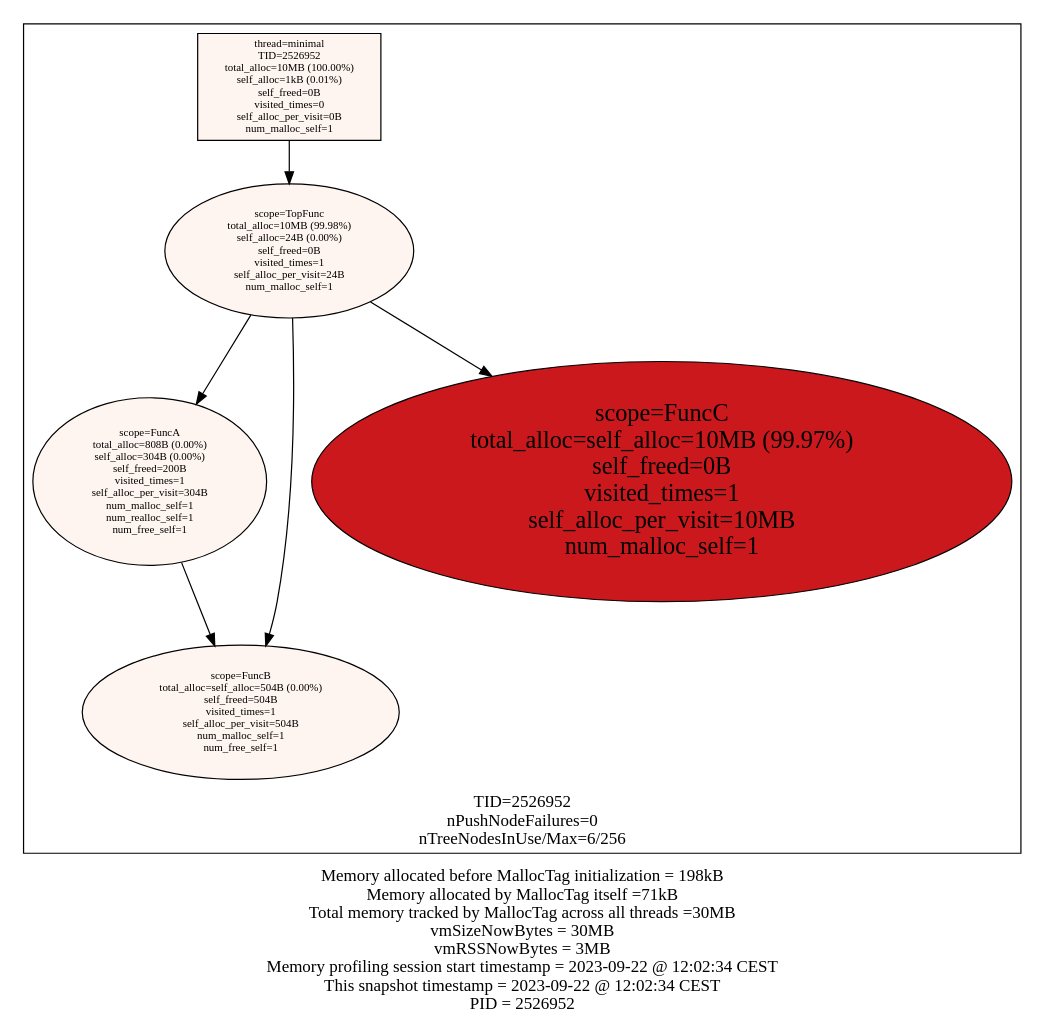
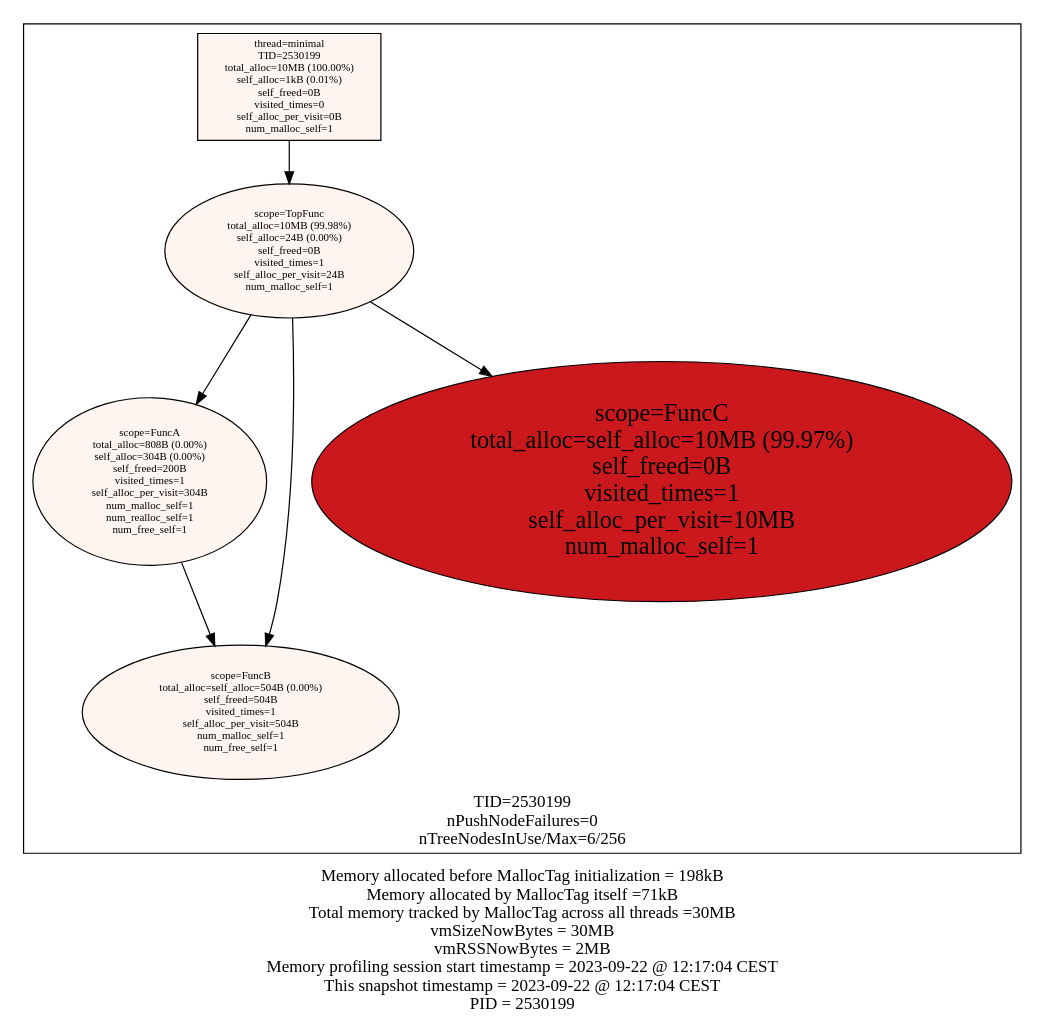
Before and after one commit to f18m/malloc-tag: the diagram in examples/minimal/minimal_stats.dot, drawn with Graphviz. The commit also changed 8 other files, not shown here.

Commit message:
remove the possibility to generate 1digraph per tree

```diff
--- a/examples/minimal/minimal_stats.dot
+++ b/examples/minimal/minimal_stats.dot
@@ -1,22 +1,22 @@
 digraph MallocTree {
  node [colorscheme=reds9 style=filled]
- subgraph cluster_TID2526952 {
+ subgraph cluster_TID2530199 {
   node [colorscheme=reds9 style=filled]
   labelloc="b"
-  label="TID=2526952\nnPushNodeFailures=0\nnTreeNodesInUse/Max=6/256\n"
-  "2526952_minimal" [label="thread=minimal\nTID=2526952\ntotal_alloc=10MB (100.00%)\nself_alloc=1kB (0.01%)\nself_freed=0B\nvisited_times=0\nself_alloc_per_visit=0B\nnum_malloc_self=1" shape=box fillcolor=1 fontsize=9]
-  "2526952_minimal" -> "2526952_TopFunc"
-  "2526952_TopFunc" [label="scope=TopFunc\ntotal_alloc=10MB (99.98%)\nself_alloc=24B (0.00%)\nself_freed=0B\nvisited_times=1\nself_alloc_per_visit=24B\nnum_malloc_self=1" fillcolor=1 fontsize=9]
-  "2526952_TopFunc" -> "2526952_FuncA"
-  "2526952_TopFunc" -> "2526952_FuncB"
-  "2526952_TopFunc" -> "2526952_FuncC"
-  "2526952_FuncA" [label="scope=FuncA\ntotal_alloc=808B (0.00%)\nself_alloc=304B (0.00%)\nself_freed=200B\nvisited_times=1\nself_alloc_per_visit=304B\nnum_malloc_self=1\nnum_realloc_self=1\nnum_free_self=1" fillcolor=1 fontsize=9]
-  "2526952_FuncA" -> "2526952_FuncB"
-  "2526952_FuncB" [label="scope=FuncB\ntotal_alloc=self_alloc=504B (0.00%)\nself_freed=504B\nvisited_times=1\nself_alloc_per_visit=504B\nnum_malloc_self=1\nnum_free_self=1" fillcolor=1 fontsize=9]
-  "2526952_FuncB" [label="scope=FuncB\ntotal_alloc=self_alloc=504B (0.00%)\nself_freed=504B\nvisited_times=1\nself_alloc_per_visit=504B\nnum_malloc_self=1\nnum_free_self=1" fillcolor=1 fontsize=9]
-  "2526952_FuncC" [label="scope=FuncC\ntotal_alloc=self_alloc=10MB (99.97%)\nself_freed=0B\nvisited_times=1\nself_alloc_per_visit=10MB\nnum_malloc_self=1" fillcolor=7 fontsize=20]
+  label="TID=2530199\nnPushNodeFailures=0\nnTreeNodesInUse/Max=6/256\n"
+  "2530199_minimal" [label="thread=minimal\nTID=2530199\ntotal_alloc=10MB (100.00%)\nself_alloc=1kB (0.01%)\nself_freed=0B\nvisited_times=0\nself_alloc_per_visit=0B\nnum_malloc_self=1" shape=box fillcolor=1 fontsize=9]
+  "2530199_minimal" -> "2530199_TopFunc"
+  "2530199_TopFunc" [label="scope=TopFunc\ntotal_alloc=10MB (99.98%)\nself_alloc=24B (0.00%)\nself_freed=0B\nvisited_times=1\nself_alloc_per_visit=24B\nnum_malloc_self=1" fillcolor=1 fontsize=9]
+  "2530199_TopFunc" -> "2530199_FuncA"
+  "2530199_TopFunc" -> "2530199_FuncB"
+  "2530199_TopFunc" -> "2530199_FuncC"
+  "2530199_FuncA" [label="scope=FuncA\ntotal_alloc=808B (0.00%)\nself_alloc=304B (0.00%)\nself_freed=200B\nvisited_times=1\nself_alloc_per_visit=304B\nnum_malloc_self=1\nnum_realloc_self=1\nnum_free_self=1" fillcolor=1 fontsize=9]
+  "2530199_FuncA" -> "2530199_FuncB"
+  "2530199_FuncB" [label="scope=FuncB\ntotal_alloc=self_alloc=504B (0.00%)\nself_freed=504B\nvisited_times=1\nself_alloc_per_visit=504B\nnum_malloc_self=1\nnum_free_self=1" fillcolor=1 fontsize=9]
+  "2530199_FuncB" [label="scope=FuncB\ntotal_alloc=self_alloc=504B (0.00%)\nself_freed=504B\nvisited_times=1\nself_alloc_per_visit=504B\nnum_malloc_self=1\nnum_free_self=1" fillcolor=1 fontsize=9]
+  "2530199_FuncC" [label="scope=FuncC\ntotal_alloc=self_alloc=10MB (99.97%)\nself_freed=0B\nvisited_times=1\nself_alloc_per_visit=10MB\nnum_malloc_self=1" fillcolor=7 fontsize=20]
  }
 
  labelloc="b"
- label="Memory allocated before MallocTag initialization = 198kB\nMemory allocated by MallocTag itself =71kB\nTotal memory tracked by MallocTag across all threads =30MB\nvmSizeNowBytes = 30MB\nvmRSSNowBytes = 3MB\nMemory profiling session start timestamp = 2023-09-22 @ 12:02:34 CEST\nThis snapshot timestamp = 2023-09-22 @ 12:02:34 CEST\nPID = 2526952\n"
+ label="Memory allocated before MallocTag initialization = 198kB\nMemory allocated by MallocTag itself =71kB\nTotal memory tracked by MallocTag across all threads =30MB\nvmSizeNowBytes = 30MB\nvmRSSNowBytes = 2MB\nMemory profiling session start timestamp = 2023-09-22 @ 12:17:04 CEST\nThis snapshot timestamp = 2023-09-22 @ 12:17:04 CEST\nPID = 2530199\n"
 }
```
